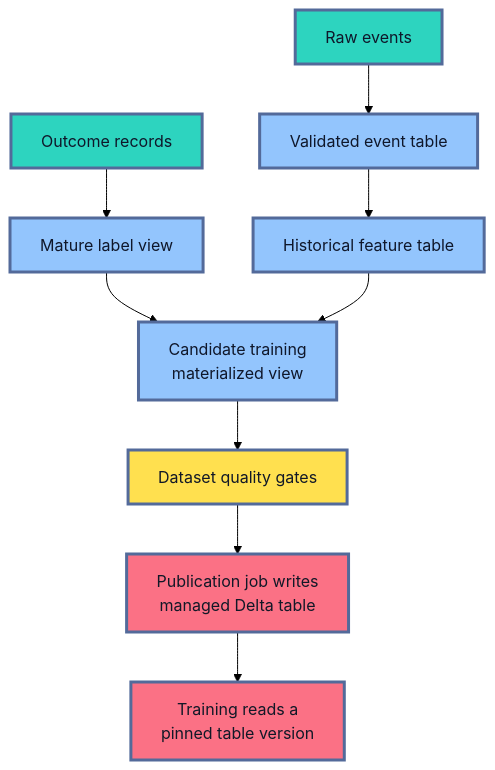
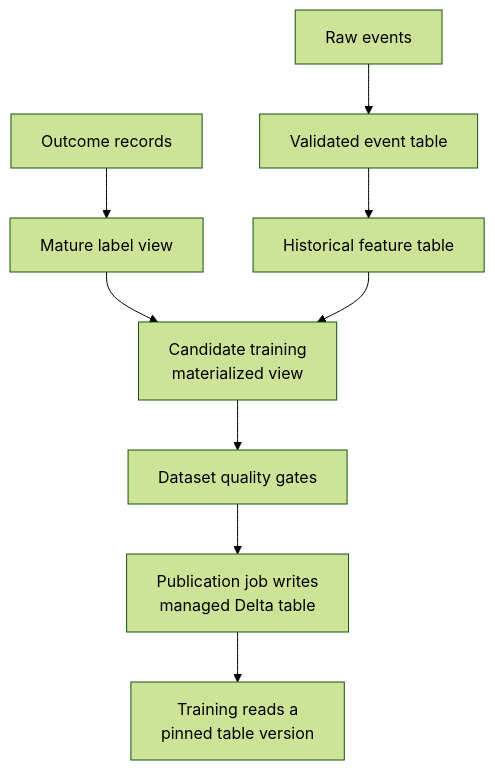
One commit to senlinyy/dev-roadmaps changed the fourth of 4 diagrams in roadmaps/mlops/modules/mlops-infrastructure/cloud-mlops-services/databricks-mlops/02-governed-ml-data-delta-lake-unity-catalog.md. Above: the diagram before and after it, drawn with Mermaid (forest theme). The commit also changed other lines of this file and 152 other files, not shown here.

Commit message:
feat: mlops and diagrams updated

````diff
--- a/roadmaps/mlops/modules/mlops-infrastructure/cloud-mlops-services/databricks-mlops/02-governed-ml-data-delta-lake-unity-catalog.md
+++ b/roadmaps/mlops/modules/mlops-infrastructure/cloud-mlops-services/databricks-mlops/02-governed-ml-data-delta-lake-unity-catalog.md
@@ -411,20 +403,16 @@
 ```mermaid
 flowchart TD
     A["Raw events"] --> B["Validated event table"]
     C["Outcome records"] --> D["Mature label view"]
     B --> E["Historical feature table"]
     D --> F["Candidate training<br/>materialized view"]
     E --> F
     F --> G["Dataset quality gates"]
     G --> H["Publication job writes<br/>managed Delta table"]
     H --> I["Training reads a<br/>pinned table version"]
 
-    classDef input fill:#2DD4BF,stroke:#536A9A,stroke-width:3px,color:#0F172A
-    classDef transform fill:#93C5FD,stroke:#536A9A,stroke-width:3px,color:#0F172A
-    classDef gate fill:#FFE04F,stroke:#536A9A,stroke-width:3px,color:#111827
-    classDef output fill:#FB7185,stroke:#536A9A,stroke-width:3px,color:#111827
     class A,C input
     class B,D,E,F transform
     class G gate
     class H,I output
 ```
````
